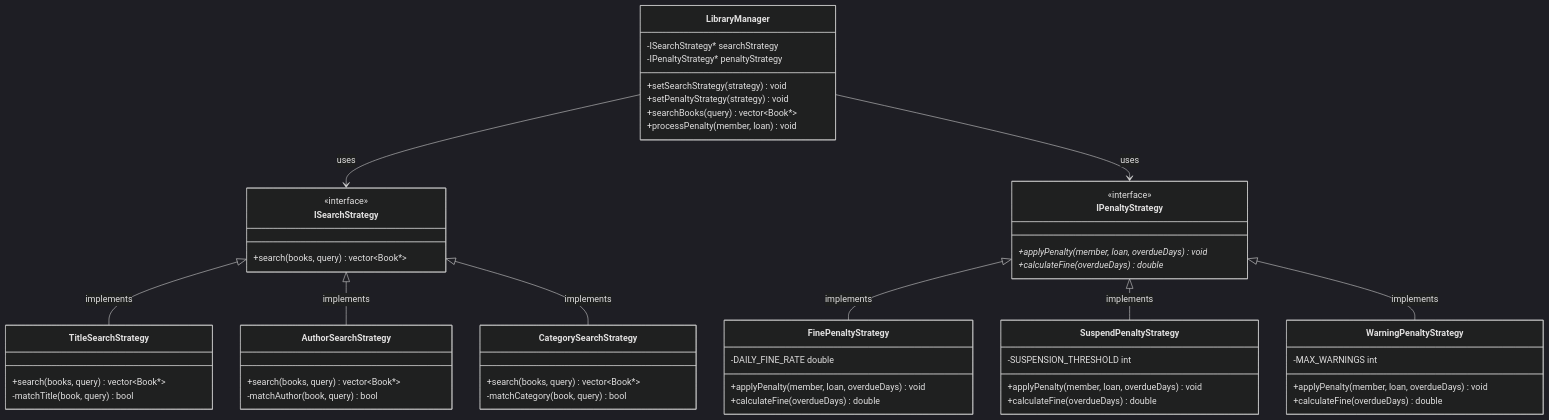
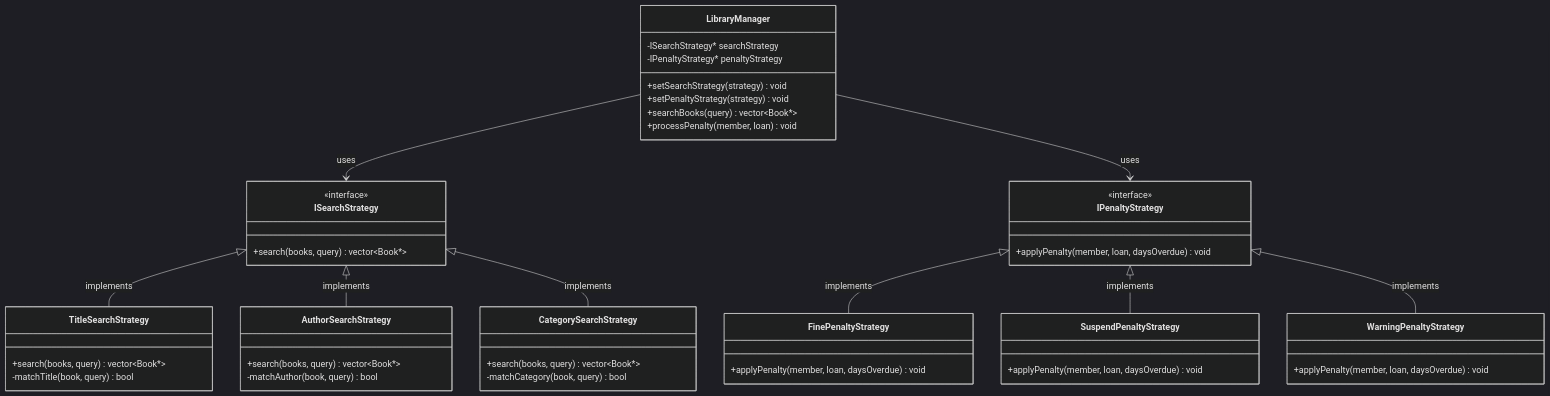
Before and after one commit to DankDaPancake/LibraryManagementSystem: the third of 28 diagrams in docs/report.md, drawn with Mermaid (dark theme). The commit also changed other lines of this file, not shown here.

````diff
--- a/docs/report.md
+++ b/docs/report.md
@@ -472,66 +469,59 @@
 ```mermaid
 classDiagram
     class ISearchStrategy {
         <<interface>>
         +search(books, query) vector~Book*~
     }
 
     class TitleSearchStrategy {
         +search(books, query) vector~Book*~
         -matchTitle(book, query) bool
     }
 
     class AuthorSearchStrategy {
         +search(books, query) vector~Book*~
         -matchAuthor(book, query) bool
     }
 
     class CategorySearchStrategy {
         +search(books, query) vector~Book*~
         -matchCategory(book, query) bool
     }
 
     class IPenaltyStrategy {
         <<interface>>
-        +applyPenalty(member, loan, overdueDays) void*
-        +calculateFine(overdueDays) double*
+        +applyPenalty(member, loan, daysOverdue) void
     }
 
     class FinePenaltyStrategy {
-        -DAILY_FINE_RATE double
-        +applyPenalty(member, loan, overdueDays) void
-        +calculateFine(overdueDays) double
+        +applyPenalty(member, loan, daysOverdue) void
     }
 
     class SuspendPenaltyStrategy {
-        -SUSPENSION_THRESHOLD int
-        +applyPenalty(member, loan, overdueDays) void
-        +calculateFine(overdueDays) double
+        +applyPenalty(member, loan, daysOverdue) void
     }
 
     class WarningPenaltyStrategy {
-        -MAX_WARNINGS int
-        +applyPenalty(member, loan, overdueDays) void
-        +calculateFine(overdueDays) double
+        +applyPenalty(member, loan, daysOverdue) void
     }
 
     class LibraryManager {
         -ISearchStrategy* searchStrategy
         -IPenaltyStrategy* penaltyStrategy
         +setSearchStrategy(strategy) void
         +setPenaltyStrategy(strategy) void
         +searchBooks(query) vector~Book*~
         +processPenalty(member, loan) void
     }
 
     ISearchStrategy <|-- TitleSearchStrategy : implements
     ISearchStrategy <|-- AuthorSearchStrategy : implements
     ISearchStrategy <|-- CategorySearchStrategy : implements
     
     IPenaltyStrategy <|-- FinePenaltyStrategy : implements
     IPenaltyStrategy <|-- SuspendPenaltyStrategy : implements
     IPenaltyStrategy <|-- WarningPenaltyStrategy : implements
     
     LibraryManager --> ISearchStrategy : uses
     LibraryManager --> IPenaltyStrategy : uses
 ```
````
